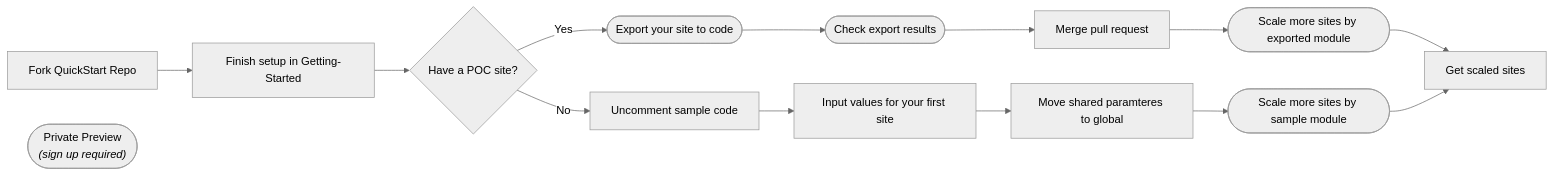
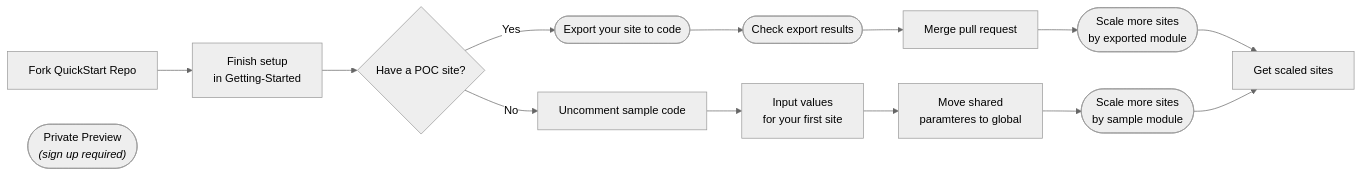
Before and after one commit to Azure/Edge-infrastructure-quickstart-template: the diagram in README.md, drawn with Mermaid (neutral theme).

Commit message:
change several blocks to 2 lines

````diff
--- a/README.md
+++ b/README.md
@@ -106,17 +106,22 @@
 ```mermaid
 flowchart LR;
-    A[Fork QuickStart Repo] --> B[Finish setup in Getting-Started];
+    A[Fork QuickStart Repo] --> B["`Finish setup 
+    in Getting-Started`"];
     B --> C{Have a POC site?};
     C -- Yes --> D([Export your site to code]);
     D --> E([Check export results]);
     C -- No --> F[Uncomment sample code];
-    F --> G[Input values for your first site];
+    F --> G["`Input values 
+    for your first site`"];
     E --> H[Merge pull request];
-    H --> I([Scale more sites by exported module]);
-    G --> J[Move shared paramteres to global];
-    J --> K([Scale more sites by sample module]);
+    H --> I(["`Scale more sites
+    by exported module`"]);
+    G --> J["`Move shared 
+    paramteres to global`"];
+    J --> K(["`Scale more sites
+    by sample module`"]);
     I --> L[Get scaled sites];
     K --> L;
     Z(["`Private Preview
     *(sign up required)*`"])
 ```
````
